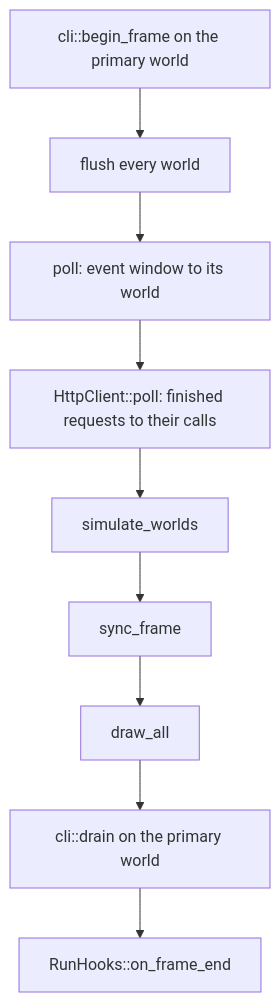
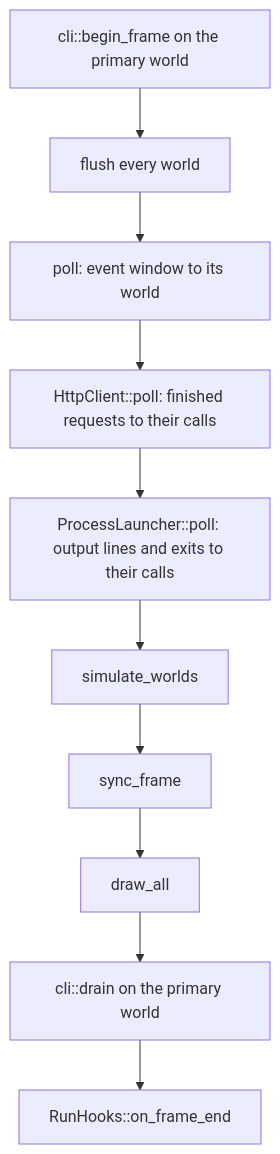
The diagram in docs/tech/architecture/Runtime Loop.md (wismh/wind-engine), drawn with Mermaid before and after one commit. The commit also changed other lines of this file and 28 other files, not shown here.

````diff
--- a/docs/tech/architecture/Runtime Loop.md
+++ b/docs/tech/architecture/Runtime Loop.md
@@ -55,11 +55,12 @@
 ```mermaid
 flowchart TD
   A["cli::begin_frame on the primary world"] --> B["flush every world"]
   B --> C["poll: event window to its world"]
   C --> C2["HttpClient::poll: finished requests to their calls"]
-  C2 --> D["simulate_worlds"]
+  C2 --> C3["ProcessLauncher::poll: output lines and exits to their calls"]
+  C3 --> D["simulate_worlds"]
   D --> E["sync_frame"]
   E --> F["draw_all"]
   F --> G["cli::drain on the primary world"]
   G --> H["RunHooks::on_frame_end"]
 ```
````
